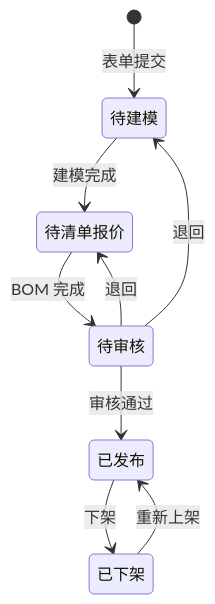
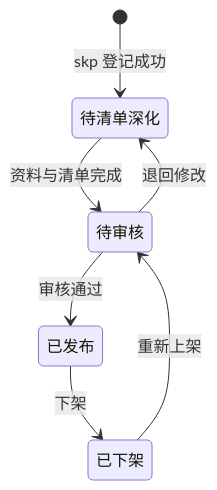
Before and after one commit to raintea223-art/Parti-MR2525: the second of 9 diagrams in docs/WORKFLOW.md, drawn with Mermaid. The commit also changed other lines of this file and 42 other files, not shown here.

First line of the commit message:
Add scene/tag/gallery modules, pricing library, and architecture docs.

````diff
--- a/docs/WORKFLOW.md
+++ b/docs/WORKFLOW.md
@@ -22,11 +55,9 @@
 ```mermaid
 stateDiagram-v2
-    [*] --> 待建模: 表单提交
-    待建模 --> 待清单报价: 建模完成
-    待清单报价 --> 待审核: BOM 完成
+    [*] --> 待清单深化: skp 登记成功
+    待清单深化 --> 待审核: 资料与清单完成
     待审核 --> 已发布: 审核通过
-    待审核 --> 待建模: 退回
-    待审核 --> 待清单报价: 退回
+    待审核 --> 待清单深化: 退回修改
     已发布 --> 已下架: 下架
-    已下架 --> 已发布: 重新上架
+    已下架 --> 待审核: 重新上架
 ```
````
